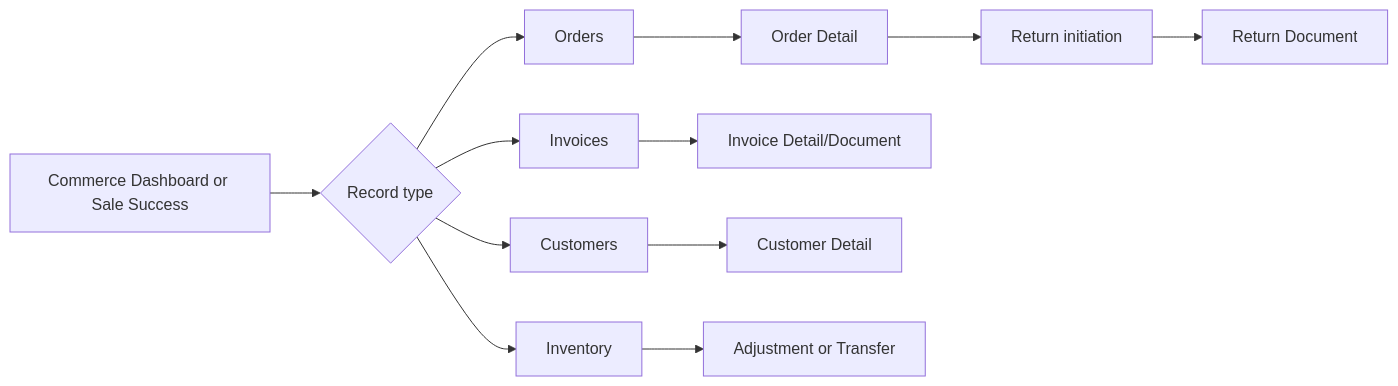
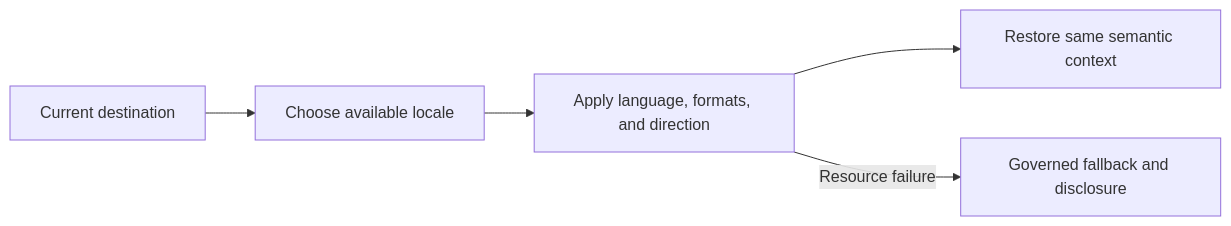
The ninth of 10 diagrams in docs/03-ui-ux/06-USER-FLOWS.md (Mustafa-1993-commits/nexoraxs-v3), drawn with Mermaid before and after one commit. The commit also changed other lines of this file and 23 other files, not shown here.

````diff
--- a/docs/03-ui-ux/06-USER-FLOWS.md
+++ b/docs/03-ui-ux/06-USER-FLOWS.md
@@ -498,14 +265,7 @@
 ```mermaid
 flowchart LR
-    A[Commerce Dashboard or Sale Success] --> B{Record type}
-    B --> C[Orders]
-    B --> D[Invoices]
-    B --> E[Customers]
-    B --> F[Inventory]
-    C --> G[Order Detail]
-    G --> H[Return initiation]
-    D --> I[Invoice Detail/Document]
-    E --> J[Customer Detail]
-    F --> K[Adjustment or Transfer]
-    H --> L[Return Document]
+  A[Current destination] --> B[Choose available locale]
+  B --> C[Apply language, formats, and direction]
+  C --> D[Restore same semantic context]
+  C -->|Resource failure| E[Governed fallback and disclosure]
 ```
````
